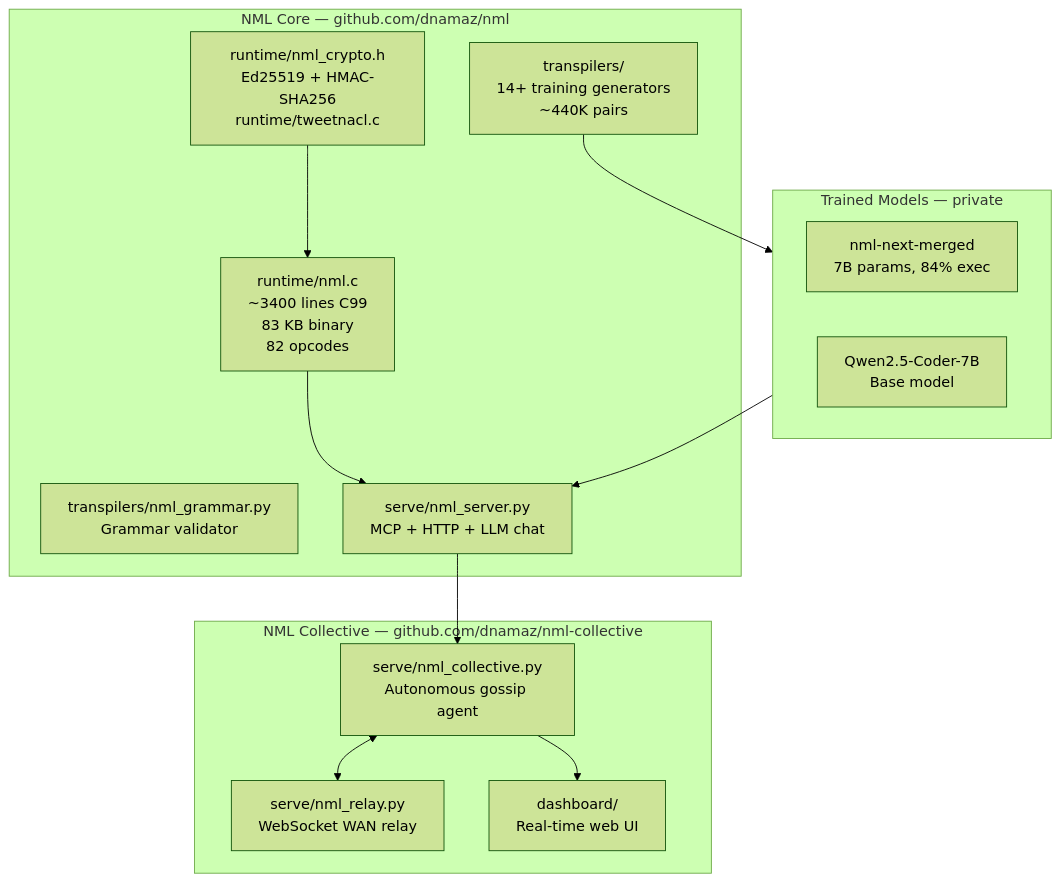
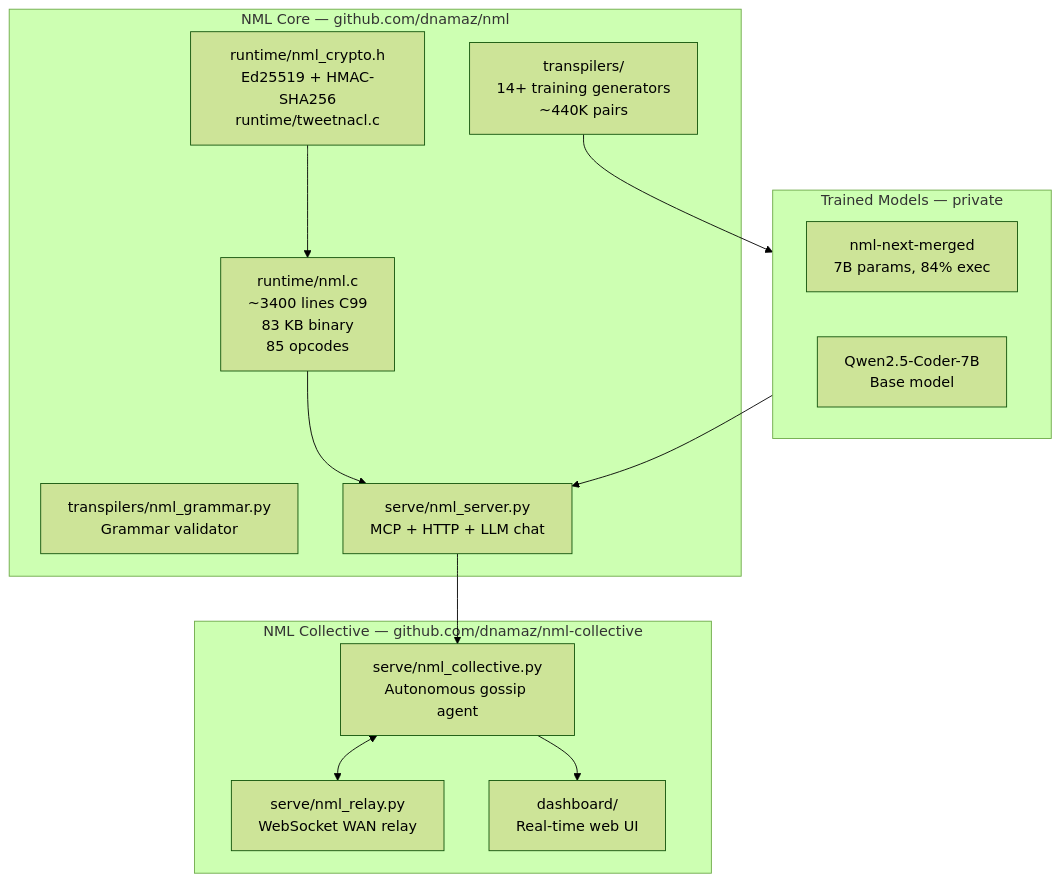
One commit to dnamaz/nml changed the first of 5 diagrams in docs/NML_Architecture_Document.md. Above: the diagram before and after it, drawn with Mermaid (forest theme). The commit also changed 64 other files, not shown here.

Commit message:
fix: added nml-fmt, added new opcodes for wdecay

````diff
--- a/docs/NML_Architecture_Document.md
+++ b/docs/NML_Architecture_Document.md
@@ -754,26 +754,26 @@
 ```mermaid
 flowchart TB
     subgraph core [NML Core — github.com/dnamaz/nml]
-        runtime["runtime/nml.c\n~3400 lines C99\n83 KB binary\n82 opcodes"]
+        runtime["runtime/nml.c\n~3400 lines C99\n83 KB binary\n85 opcodes"]
         crypto["runtime/nml_crypto.h\nEd25519 + HMAC-SHA256\nruntime/tweetnacl.c"]
         grammar["transpilers/nml_grammar.py\nGrammar validator"]
         training["transpilers/\n14+ training generators\n~440K pairs"]
         server["serve/nml_server.py\nMCP + HTTP + LLM chat"]
     end
     subgraph collective [NML Collective — github.com/dnamaz/nml-collective]
         agent["serve/nml_collective.py\nAutonomous gossip agent"]
         relay["serve/nml_relay.py\nWebSocket WAN relay"]
         dashboard["dashboard/\nReal-time web UI"]
     end
     subgraph model [Trained Models — private]
         nml_next["nml-next-merged\n7B params, 84% exec"]
         base["Qwen2.5-Coder-7B\nBase model"]
     end
     runtime --> server
     crypto --> runtime
     server --> agent
     training --> model
     model --> server
     agent --> dashboard
     agent <--> relay
 ```
````
